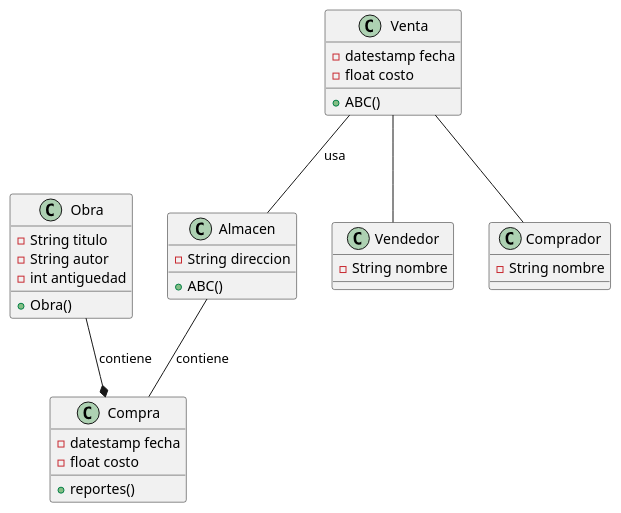
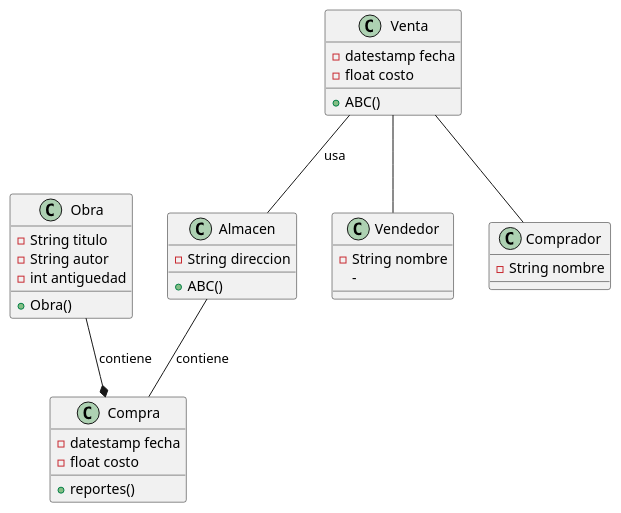
One commit to dcharua/An-lisis-y-Modelacion-Software changed the diagram in Actividades/Osbert/UML.puml. Above: the diagram before and after it, drawn with PlantUML. The commit also changed 16 other files, not shown here.

```diff
--- a/Actividades/Osbert/UML.puml
+++ b/Actividades/Osbert/UML.puml
@@ -2,38 +2,38 @@
 @startuml
   Class Obra{
     -String titulo
     -String autor
     -int antiguedad
 
     +Obra()
   }
   Class Compra{
     -datestamp fecha
     -float costo
-
     +reportes()
   }
   Class Almacen{
     -String direccion
 
     +ABC()
   }
   Class Venta{
     -datestamp fecha
     -float costo
 
     +ABC()
   }
 
   Class Vendedor{
-  -  String nombre
+  - String nombre
+  -
   }
   Class Comprador{
   -  String nombre
   }
   Obra --* Compra: contiene
   Venta -- Almacen: usa
   Almacen -- Compra: contiene
   Venta -- Comprador
   Venta -- Vendedor
 @enduml
```
